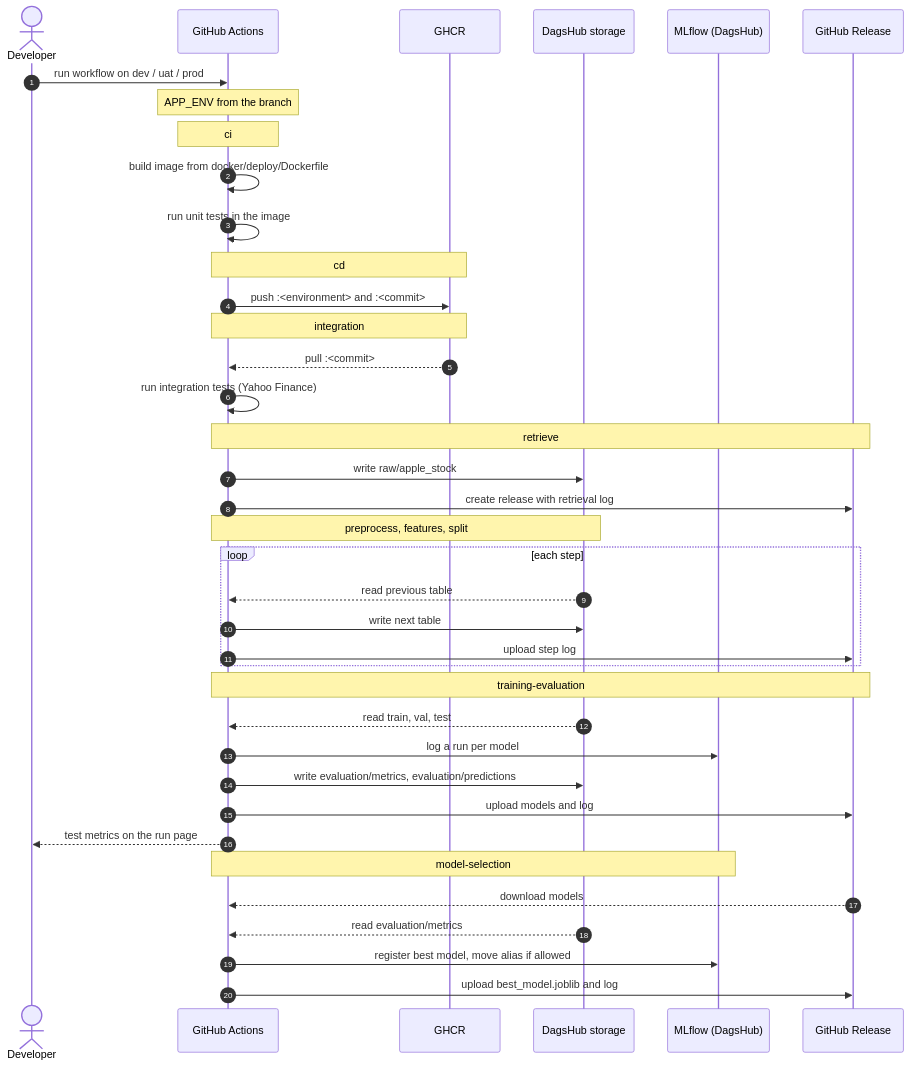
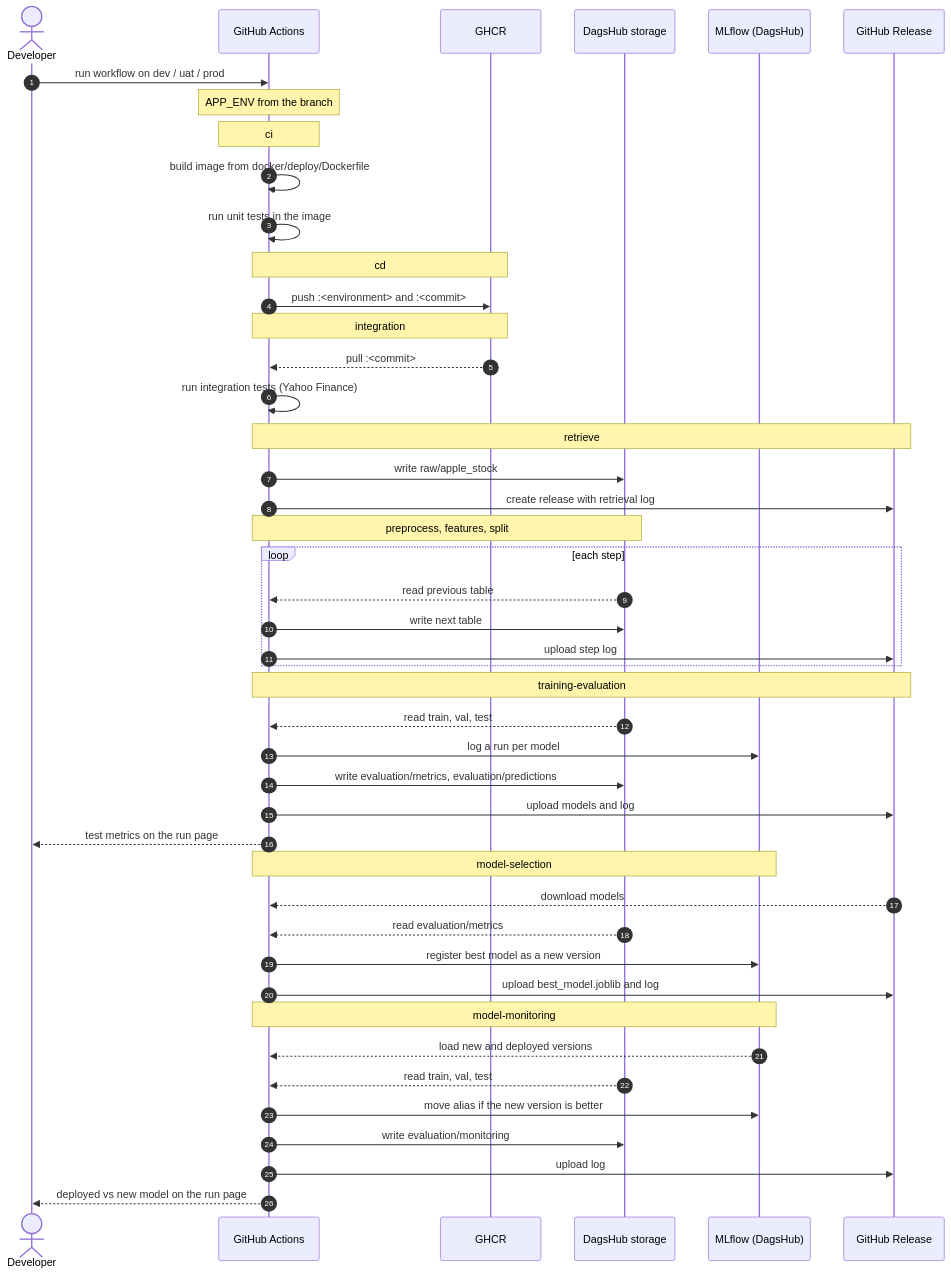
The diagram in docs/deployment.md (andmanousakis/stock-extreme-events-prediction), drawn with Mermaid before and after one commit. The commit also changed other lines of this file and 17 other files, not shown here.

Commit message:
Add model monitoring: compare deployed and new model on the same data, promote only if better

````diff
--- a/docs/deployment.md
+++ b/docs/deployment.md
@@ -17,48 +17,56 @@
 ```mermaid
 sequenceDiagram
     autonumber
     actor D as Developer
     participant G as GitHub Actions
     participant R as GHCR
     participant S as DagsHub storage
     participant F as MLflow (DagsHub)
     participant L as GitHub Release
 
     D->>G: run workflow on dev / uat / prod
     Note over G: APP_ENV from the branch
 
     Note over G: ci
     G->>G: build image from docker/deploy/Dockerfile
     G->>G: run unit tests in the image
 
     Note over G,R: cd
     G->>R: push :<environment> and :<commit>
 
     Note over G,R: integration
     R-->>G: pull :<commit>
     G->>G: run integration tests (Yahoo Finance)
 
     Note over G,L: retrieve
     G->>S: write raw/apple_stock
     G->>L: create release with retrieval log
 
     Note over G,S: preprocess, features, split
     loop each step
         S-->>G: read previous table
         G->>S: write next table
         G->>L: upload step log
     end
 
     Note over G,L: training-evaluation
     S-->>G: read train, val, test
     G->>F: log a run per model
     G->>S: write evaluation/metrics, evaluation/predictions
     G->>L: upload models and log
     G-->>D: test metrics on the run page
 
     Note over G,F: model-selection
     L-->>G: download models
     S-->>G: read evaluation/metrics
-    G->>F: register best model, move alias if allowed
+    G->>F: register best model as a new version
     G->>L: upload best_model.joblib and log
+
+    Note over G,F: model-monitoring
+    F-->>G: load new and deployed versions
+    S-->>G: read train, val, test
+    G->>F: move alias if the new version is better
+    G->>S: write evaluation/monitoring
+    G->>L: upload log
+    G-->>D: deployed vs new model on the run page
 ```
````
